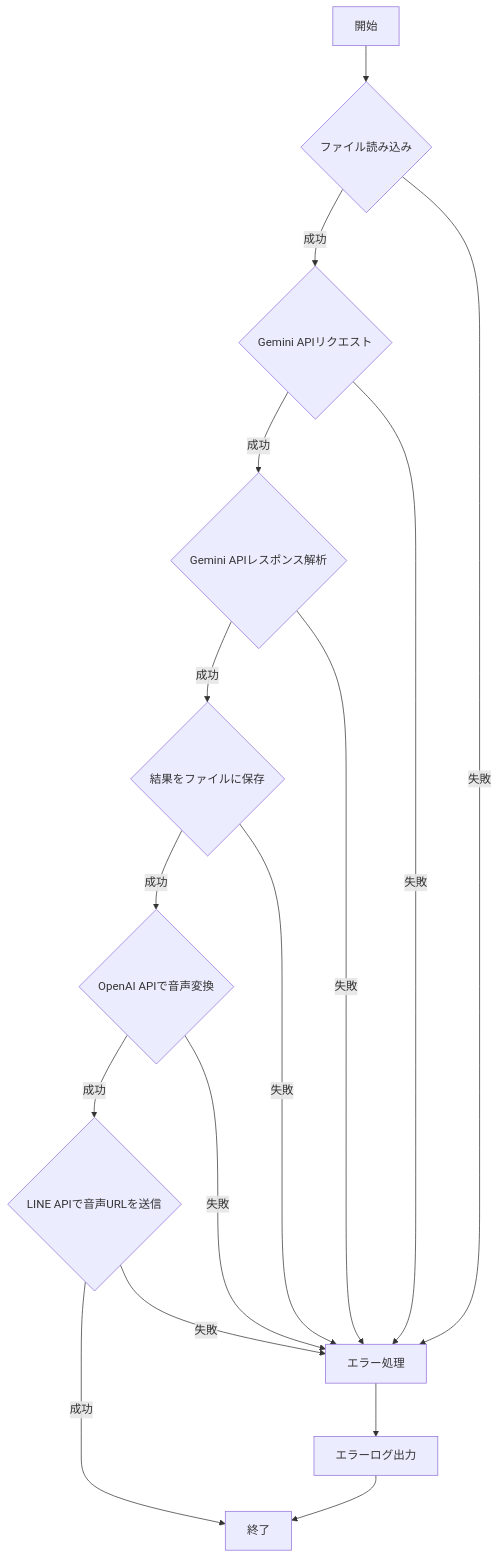
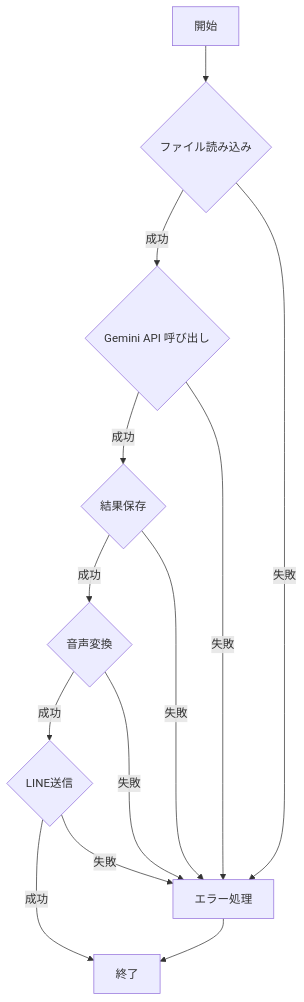
The third of 3 diagrams in README.md (hgssnk/turing-soul), drawn with Mermaid before and after one commit. The commit also changed other lines of this file, not shown here.

Commit message:
chore: update README from Gemini

````diff
--- a/README.md
+++ b/README.md
@@ -75,18 +61,15 @@
 ```mermaid
 graph TD
     A[開始] --> B{ファイル読み込み};
-    B -- 成功 --> C{Gemini APIリクエスト};
+    B -- 成功 --> C{Gemini API 呼び出し};
     B -- 失敗 --> E[エラー処理];
-    C -- 成功 --> D{Gemini APIレスポンス解析};
+    C -- 成功 --> D{結果保存};
     C -- 失敗 --> E;
-    D -- 成功 --> F{結果をファイルに保存};
+    D -- 成功 --> F{音声変換};
     D -- 失敗 --> E;
-    F -- 成功 --> G{OpenAI APIで音声変換};
+    F -- 成功 --> G{LINE送信};
     F -- 失敗 --> E;
-    G -- 成功 --> H{LINE APIで音声URLを送信};
+    G -- 成功 --> H[終了];
     G -- 失敗 --> E;
-    H -- 成功 --> I[終了];
-    H -- 失敗 --> E;
-    E --> J[エラーログ出力];
-    J --> I;
+    E --> H;
 ```
````
